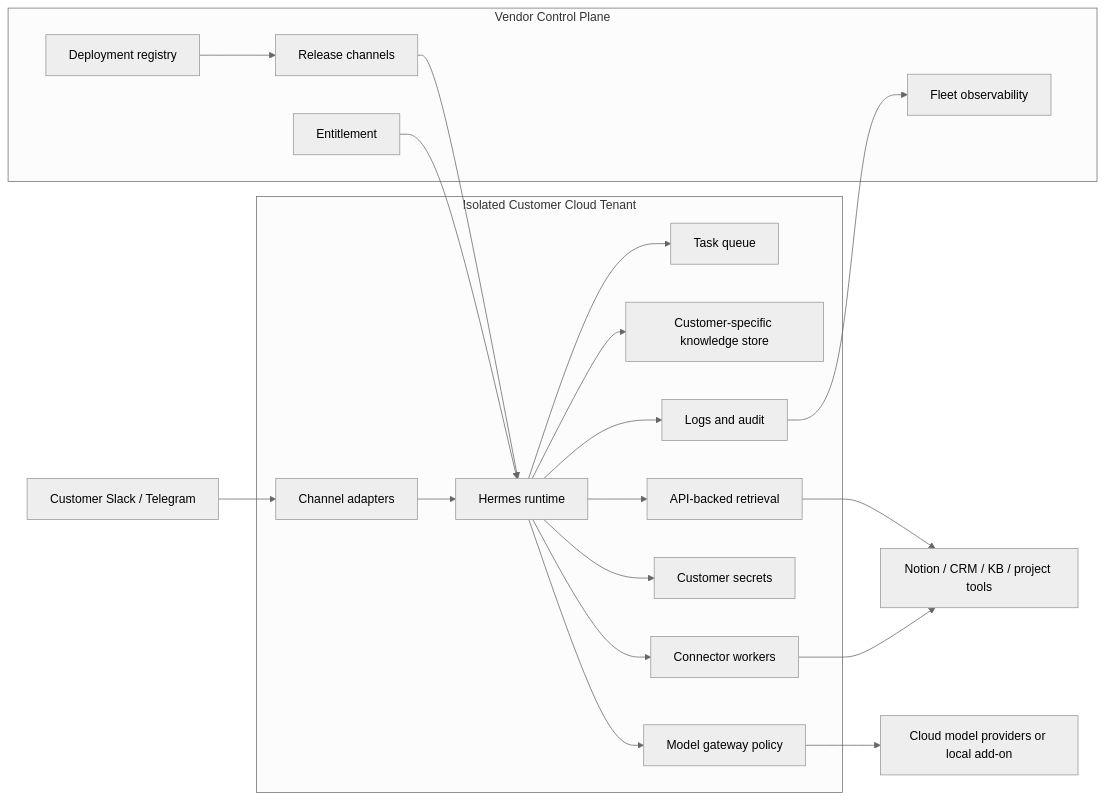
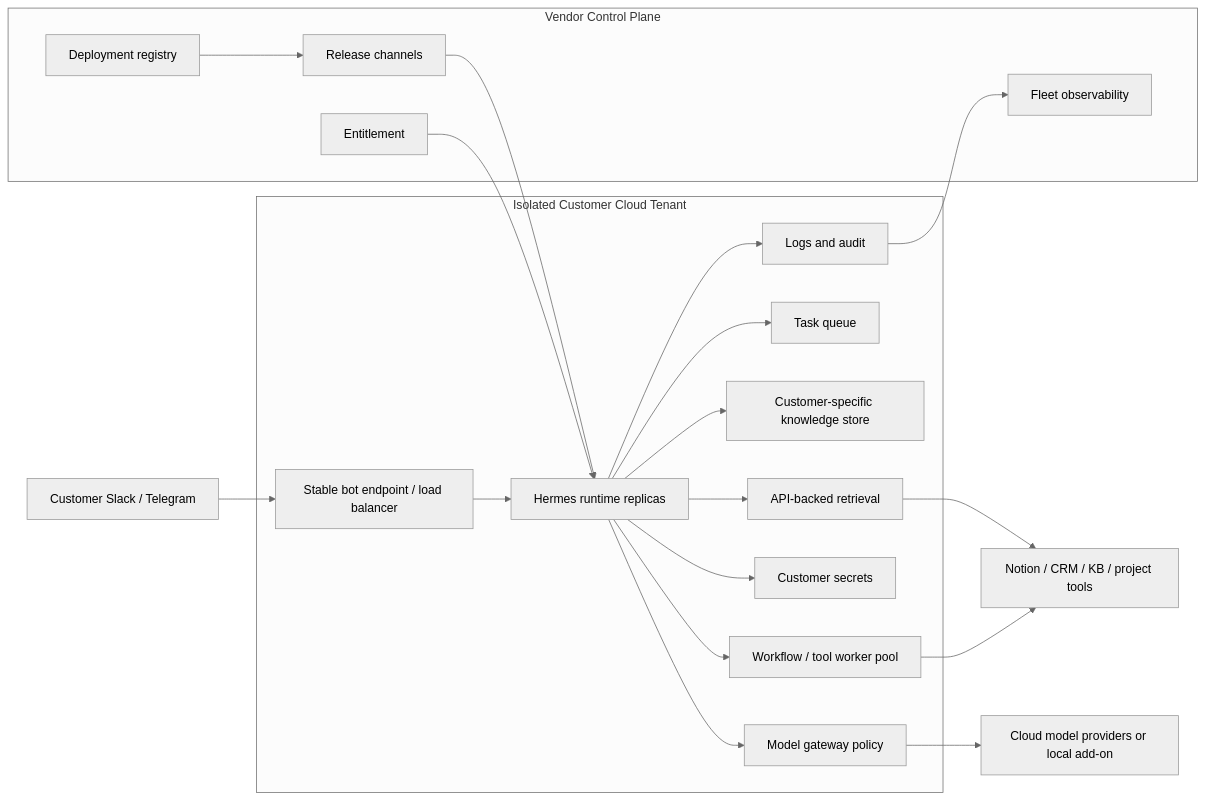
Before and after one commit to atlamors/agent-docs: the diagram in app/deployment-strategies/isolated-cloud-tenant/page.mdx, drawn with Mermaid (neutral theme). The commit also changed other lines of this file and 4 other files, not shown here.

Commit message:
Clarify runtime scaling in deployment diagrams

````diff
--- a/app/deployment-strategies/isolated-cloud-tenant/page.mdx
+++ b/app/deployment-strategies/isolated-cloud-tenant/page.mdx
@@ -58,31 +60,31 @@
 ```mermaid
 flowchart LR
-  channels["Customer Slack / Telegram"] --> adapters["Channel adapters"]
+  channels["Customer Slack / Telegram"] --> ingress["Stable bot endpoint / load balancer"]
 
   subgraph tenant["Isolated Customer Cloud Tenant"]
-    adapters --> hermes["Hermes runtime"]
-    hermes --> queue["Task queue"]
-    hermes --> rag["Customer-specific knowledge store"]
-    hermes --> apiRetrieval["API-backed retrieval"]
-    hermes --> workers["Connector workers"]
-    hermes --> secrets["Customer secrets"]
-    hermes --> audit["Logs and audit"]
-    hermes --> gateway["Model gateway policy"]
+    ingress --> runtimePool["Hermes runtime replicas"]
+    runtimePool --> workerPool["Workflow / tool worker pool"]
+    runtimePool --> queue["Task queue"]
+    runtimePool --> rag["Customer-specific knowledge store"]
+    runtimePool --> apiRetrieval["API-backed retrieval"]
+    runtimePool --> secrets["Customer secrets"]
+    runtimePool --> audit["Logs and audit"]
+    runtimePool --> gateway["Model gateway policy"]
   end
 
   apiRetrieval --> systems["Customer APIs"]
-  workers --> systems["Notion / CRM / KB / project tools"]
+  workerPool --> systems["Notion / CRM / KB / project tools"]
   gateway --> models["Cloud model providers or local add-on"]
 
   subgraph control["Vendor Control Plane"]
     registry["Deployment registry"]
     releases["Release channels"]
     entitlement["Entitlement"]
     fleetObs["Fleet observability"]
   end
 
-  releases --> hermes
-  entitlement --> hermes
+  releases --> runtimePool
+  entitlement --> runtimePool
   audit --> fleetObs
   registry --> releases
 ```
````
